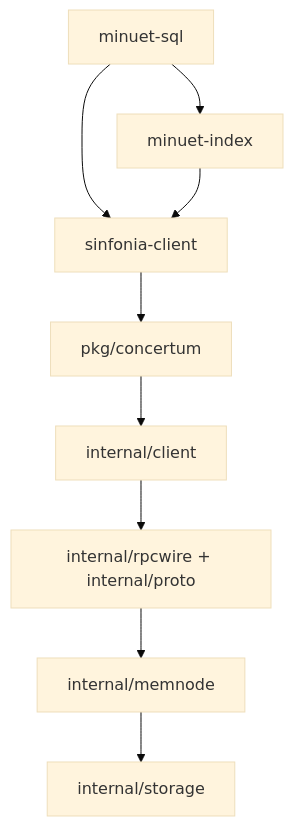
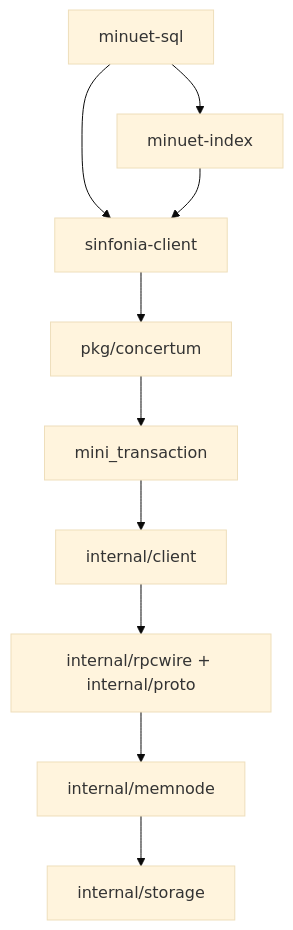
The diagram in docs/design.md (jbancroft/ConcertumDemo), drawn with Mermaid (base theme) before and after one commit. The commit also changed other lines of this file and 69 other files, not shown here.

````diff
--- a/docs/design.md
+++ b/docs/design.md
@@ -5,11 +5,12 @@
 ```mermaid
 flowchart TD
     SQL[minuet-sql] --> Index[minuet-index]
     SQL --> SDK[sinfonia-client]
     Index --> SDK
     SDK --> API[pkg/concertum]
-    API --> Coordinator[internal/client]
+    API --> Transaction[mini_transaction]
+    Transaction --> Coordinator[internal/client]
     Coordinator --> Wire[internal/rpcwire + internal/proto]
     Wire --> Node[internal/memnode]
     Node --> Storage[internal/storage]
 ```
````
